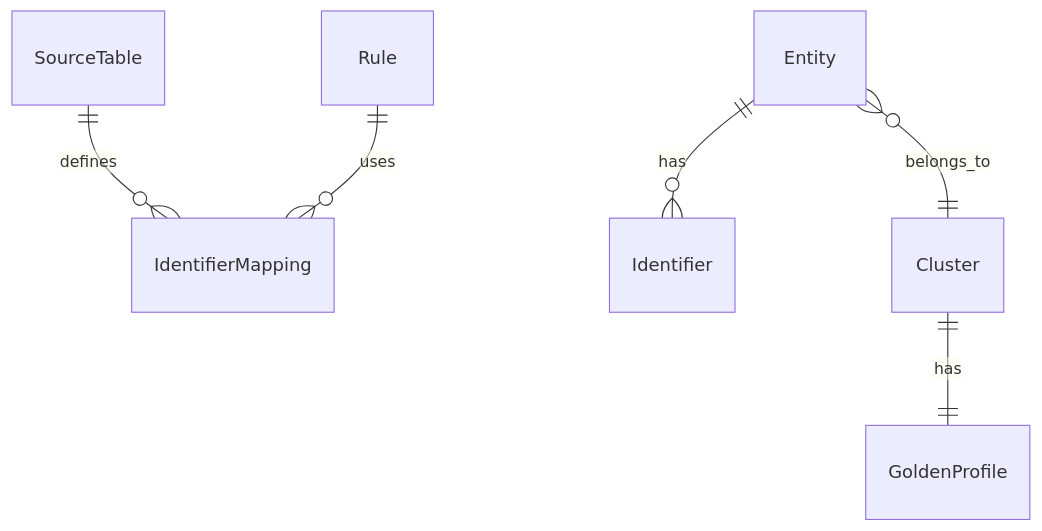
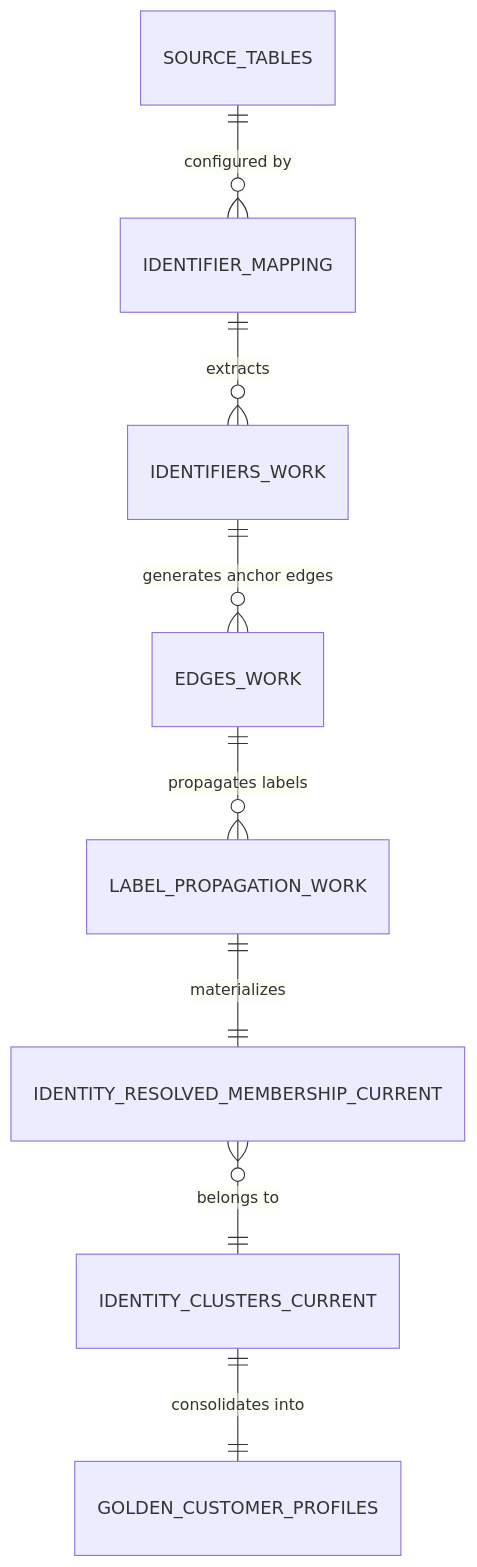
Before and after one commit to anilkulkarni87/sql-identity-oss: the second of 2 diagrams in docs/20-data-model.md, drawn with Mermaid. The commit also changed other lines of this file and 12 other files, not shown here.

````diff
--- a/docs/20-data-model.md
+++ b/docs/20-data-model.md
@@ -7,8 +86,10 @@
 ```mermaid
 erDiagram
-    SourceTable ||--o{ IdentifierMapping : defines
-    Rule ||--o{ IdentifierMapping : uses
-    Entity ||--o{ Identifier : has
-    Entity }o--|| Cluster : belongs_to
-    Cluster ||--|| GoldenProfile : has
+    SOURCE_TABLES ||--o{ IDENTIFIER_MAPPING : "configured by"
+    IDENTIFIER_MAPPING ||--o{ IDENTIFIERS_WORK : "extracts"
+    IDENTIFIERS_WORK ||--o{ EDGES_WORK : "generates anchor edges"
+    EDGES_WORK ||--o{ LABEL_PROPAGATION_WORK : "propagates labels"
+    LABEL_PROPAGATION_WORK ||--|| IDENTITY_RESOLVED_MEMBERSHIP_CURRENT : "materializes"
+    IDENTITY_RESOLVED_MEMBERSHIP_CURRENT }o--|| IDENTITY_CLUSTERS_CURRENT : "belongs to"
+    IDENTITY_CLUSTERS_CURRENT ||--|| GOLDEN_CUSTOMER_PROFILES : "consolidates into"
 ```
````
